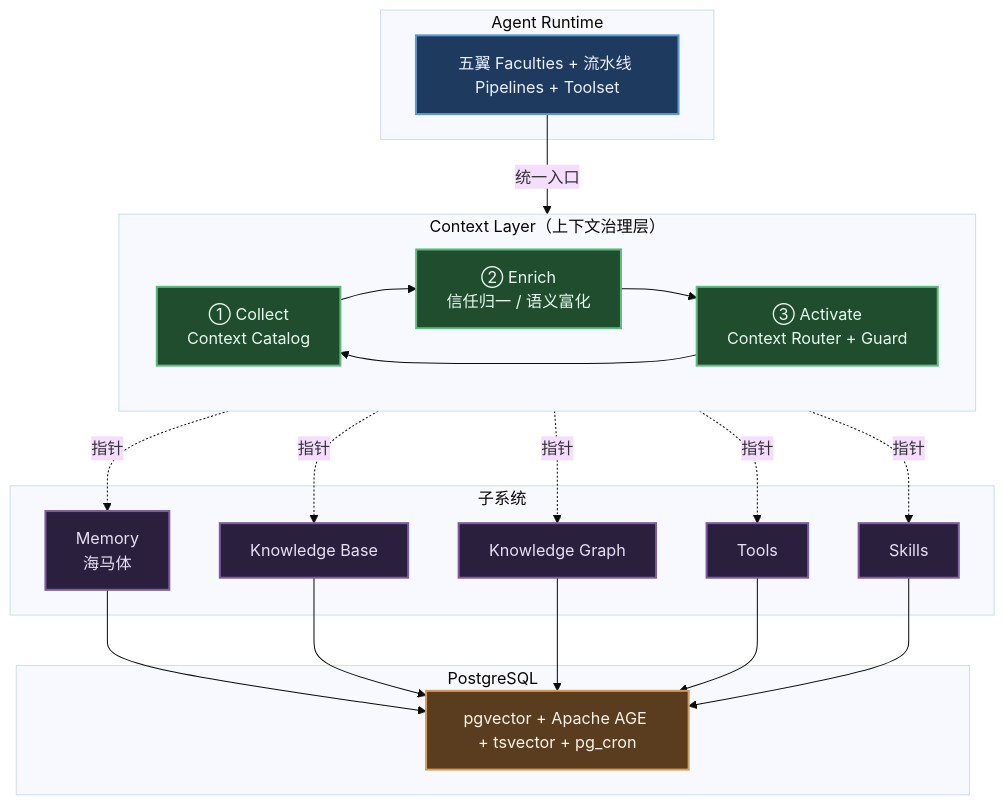
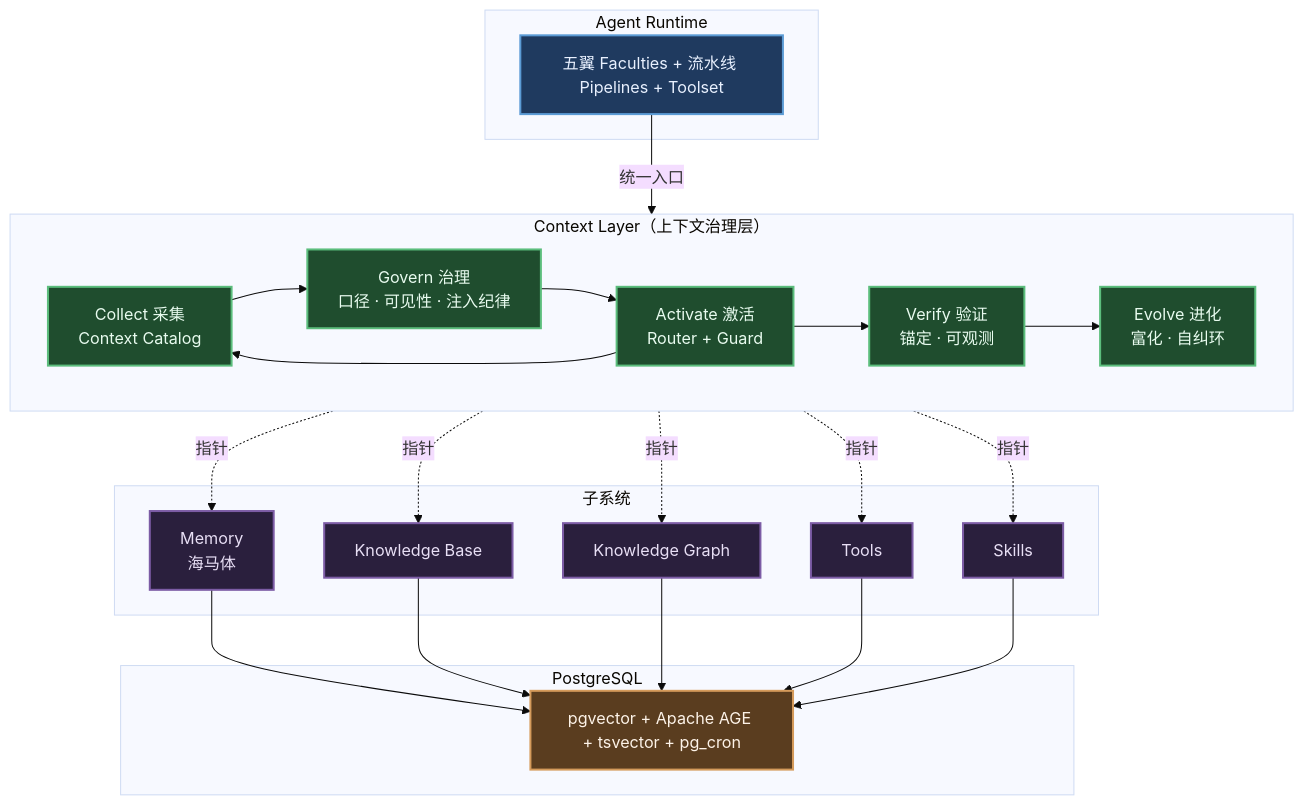
The diagram in docs/assets/mermaid/cognitive-context/context-layer--runtime-layering.mmd (ThreeFish-AI/negentropy), drawn with Mermaid (base theme) before and after one commit. The commit also changed 73 other files, not shown here.

First line of the commit message:
docs(cognitive-context): 013 Context Layer 蓝图完全重铸——三轴蓝图（五源×五层×CGAVE）× 失效模式驱动 × 四范本矩阵;

```diff
--- a/docs/assets/mermaid/cognitive-context/context-layer--runtime-layering.mmd
+++ b/docs/assets/mermaid/cognitive-context/context-layer--runtime-layering.mmd
@@ -1,48 +1,50 @@
-%% source: docs/concepts/design/context-layer.md#block2 (L137-L179, §3.1) → 013 §12.2（原 §3.1，2026-09-20 并入 013 全量蓝图）
+%% source: docs/research/cognitive-context/013-context-layer-blueprint.md §11.2 运行时分层与四信号来源（2026-09-27 重铸：三相→CGAVE 五段）
 %% slug: cognitive-context/context-layer--runtime-layering
 %% type: architecture
 %% derived: archify architecture, byte-extract of source mermaid
 %% fix: 原图仅画 M/KB/KG→PG，遗漏 Tools/Skills 的 PG 持久化（builtin_tools、skills/skill_versions 均为 PG 表，文档 §3.2 自身亦列为 Structural 源）——本图补全五子系统→PostgreSQL，其余拓扑逐字节保留
 graph TB
     subgraph RUNTIME["Agent Runtime"]
         F["五翼 Faculties + 流水线 Pipelines + Toolset"]
     end
     subgraph CONTEXT["Context Layer（上下文治理层）"]
         direction LR
-        CL1["① Collect<br/>Context Catalog"]
-        CL2["② Enrich<br/>信任归一 / 语义富化"]
-        CL3["③ Activate<br/>Context Router + Guard"]
-        CL1 --> CL2 --> CL3
+        CL1["Collect 采集<br/>Context Catalog"]
+        CL2["Govern 治理<br/>口径 · 可见性 · 注入纪律"]
+        CL3["Activate 激活<br/>Router + Guard"]
+        CL4["Verify 验证<br/>锚定 · 可观测"]
+        CL5["Evolve 进化<br/>富化 · 自纠环"]
+        CL1 --> CL2 --> CL3 --> CL4 --> CL5
     end
     subgraph SYS["子系统"]
         M["Memory<br/>海马体"]
         KB["Knowledge Base"]
         KG["Knowledge Graph"]
         T["Tools"]
         S["Skills"]
     end
     subgraph INFRA["PostgreSQL"]
         PG["pgvector + Apache AGE + tsvector + pg_cron"]
     end
 
     F -->|"统一入口"| CL3
     CL3 --> CL1
     CL1 -.指针.-> M
     CL1 -.指针.-> KB
     CL1 -.指针.-> KG
     CL1 -.指针.-> T
     CL1 -.指针.-> S
     M --> PG
     KB --> PG
     KG --> PG
     T --> PG
     S --> PG
 
     classDef runtime fill:#1f3a5f,stroke:#5b9bd5,stroke-width:2px,color:#e8f0fe
     classDef context fill:#1f4d2e,stroke:#5bbd7c,stroke-width:2px,color:#e8fbef
     classDef sys fill:#2a1f3d,stroke:#7c5ca5,stroke-width:2px,color:#e8dff5
     classDef infra fill:#5a3d1f,stroke:#d59b5b,stroke-width:2px,color:#fdf3e8
     class F runtime
-    class CL1,CL2,CL3 context
+    class CL1,CL2,CL3,CL4,CL5 context
     class M,KB,KG,T,S sys
     class PG infra
```
